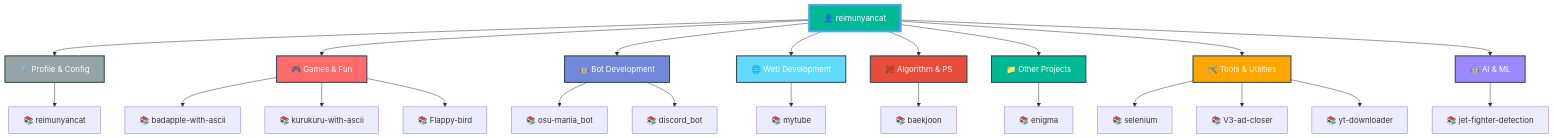
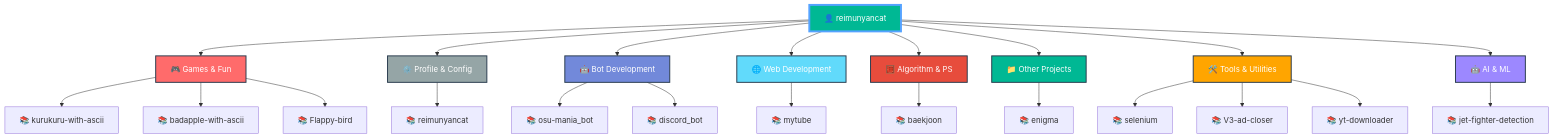
One commit to reimunyancat/reimunyancat changed the diagram in README.md. Above: the diagram before and after it, drawn with Mermaid. The commit also changed other lines of this file, not shown here.

Commit message:
🤖 Auto-update README with latest repositories

````diff
--- a/README.md
+++ b/README.md
@@ -159,43 +159,43 @@
 ```mermaid
 graph TD
   A[👤 reimunyancat]
 
-  A --> CAT0[⚙️ Profile & Config]
-  CAT0 --> CAT0_0[📚 reimunyancat]
+  A --> CAT0[🎮 Games & Fun]
+  CAT0 --> CAT0_0[📚 kurukuru-with-ascii]
+  CAT0 --> CAT0_1[📚 badapple-with-ascii]
+  CAT0 --> CAT0_2[📚 Flappy-bird]
 
-  A --> CAT1[🎮 Games & Fun]
-  CAT1 --> CAT1_0[📚 badapple-with-ascii]
-  CAT1 --> CAT1_1[📚 kurukuru-with-ascii]
-  CAT1 --> CAT1_2[📚 Flappy-bird]
+  A --> CAT1[⚙️ Profile & Config]
+  CAT1 --> CAT1_0[📚 reimunyancat]
 
   A --> CAT2[🤖 Bot Development]
   CAT2 --> CAT2_0[📚 osu-mania_bot]
   CAT2 --> CAT2_1[📚 discord_bot]
 
   A --> CAT3[🌐 Web Development]
   CAT3 --> CAT3_0[📚 mytube]
 
   A --> CAT4[🧮 Algorithm & PS]
   CAT4 --> CAT4_0[📚 baekjoon]
 
   A --> CAT5[📁 Other Projects]
   CAT5 --> CAT5_0[📚 enigma]
 
   A --> CAT6[🛠️ Tools & Utilities]
   CAT6 --> CAT6_0[📚 selenium]
   CAT6 --> CAT6_1[📚 V3-ad-closer]
   CAT6 --> CAT6_2[📚 yt-downloader]
 
   A --> CAT7[🤖 AI & ML]
   CAT7 --> CAT7_0[📚 jet-fighter-detection]
 
   style A fill:#00b894,stroke:#55a3ff,stroke-width:4px,color:#fff
-  style CAT0 fill:#95a5a6,stroke:#2c3e50,stroke-width:2px,color:#fff
-  style CAT1 fill:#ff6b6b,stroke:#2c3e50,stroke-width:2px,color:#fff
+  style CAT0 fill:#ff6b6b,stroke:#2c3e50,stroke-width:2px,color:#fff
+  style CAT1 fill:#95a5a6,stroke:#2c3e50,stroke-width:2px,color:#fff
   style CAT2 fill:#7289da,stroke:#2c3e50,stroke-width:2px,color:#fff
   style CAT3 fill:#61dafb,stroke:#2c3e50,stroke-width:2px,color:#fff
   style CAT4 fill:#e74c3c,stroke:#2c3e50,stroke-width:2px,color:#fff
   style CAT5 fill:#00b894,stroke:#2c3e50,stroke-width:2px,color:#fff
   style CAT6 fill:#ffa500,stroke:#2c3e50,stroke-width:2px,color:#fff
   style CAT7 fill:#9c88ff,stroke:#2c3e50,stroke-width:2px,color:#fff
 ```
````
